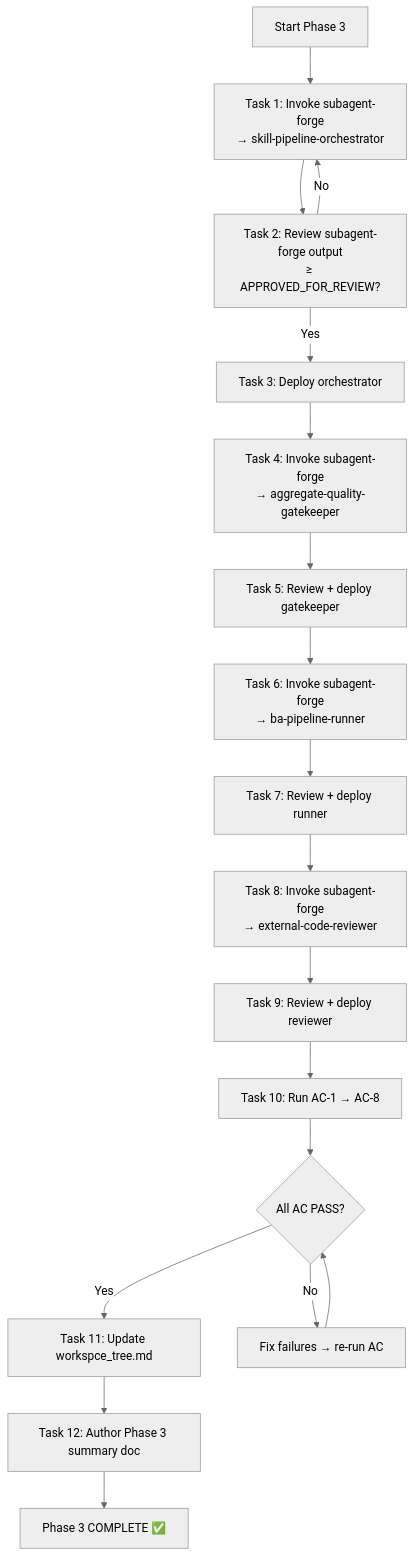
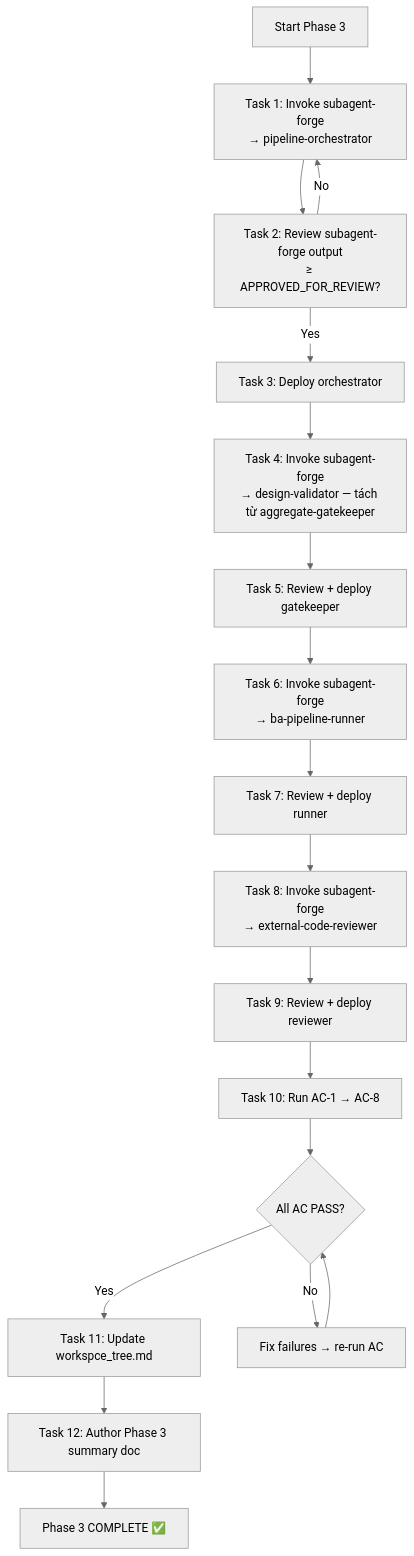
One commit to vuthuonghai-steve/WASHVN changed the first of 2 diagrams in docs/context-to-work/phase-3/phase-3-context.2026-07-08.md. Above: the diagram before and after it, drawn with Mermaid (neutral theme). The commit also changed other lines of this file and 3 other files, not shown here.

````diff
--- a/docs/context-to-work/phase-3/phase-3-context.2026-07-08.md
+++ b/docs/context-to-work/phase-3/phase-3-context.2026-07-08.md
@@ -144,24 +168,24 @@
 ```mermaid
 flowchart TD
-    A[Start Phase 3] --> B[Task 1: Invoke subagent-forge<br/>→ skill-pipeline-orchestrator]
+    A[Start Phase 3] --> B[Task 1: Invoke subagent-forge<br/>→ pipeline-orchestrator]
     B --> C[Task 2: Review subagent-forge output<br/>≥ APPROVED_FOR_REVIEW?]
     C -->|Yes| D[Task 3: Deploy orchestrator]
     C -->|No| B
     
-    D --> E[Task 4: Invoke subagent-forge<br/>→ aggregate-quality-gatekeeper]
+    D --> E[Task 4: Invoke subagent-forge<br/>→ design-validator — tách từ aggregate-gatekeeper]
     E --> F[Task 5: Review + deploy gatekeeper]
     
     F --> G[Task 6: Invoke subagent-forge<br/>→ ba-pipeline-runner]
     G --> H[Task 7: Review + deploy runner]
     
     H --> I[Task 8: Invoke subagent-forge<br/>→ external-code-reviewer]
     I --> J[Task 9: Review + deploy reviewer]
     
     J --> K[Task 10: Run AC-1 → AC-8]
     K --> L{All AC PASS?}
     L -->|Yes| M[Task 11: Update workspce_tree.md]
     L -->|No| N[Fix failures → re-run AC]
     N --> L
     M --> O[Task 12: Author Phase 3 summary doc]
     O --> P[Phase 3 COMPLETE ✅]
 ```
````
